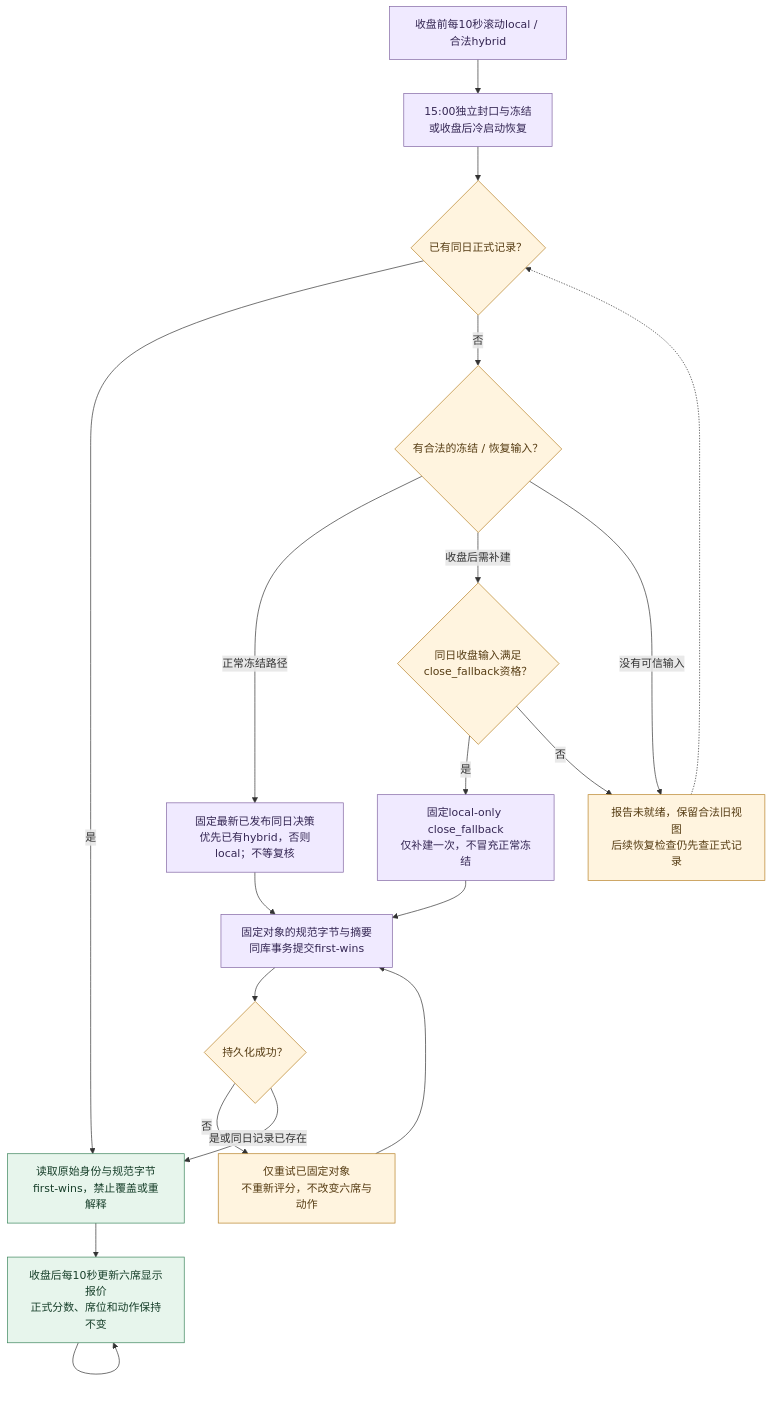
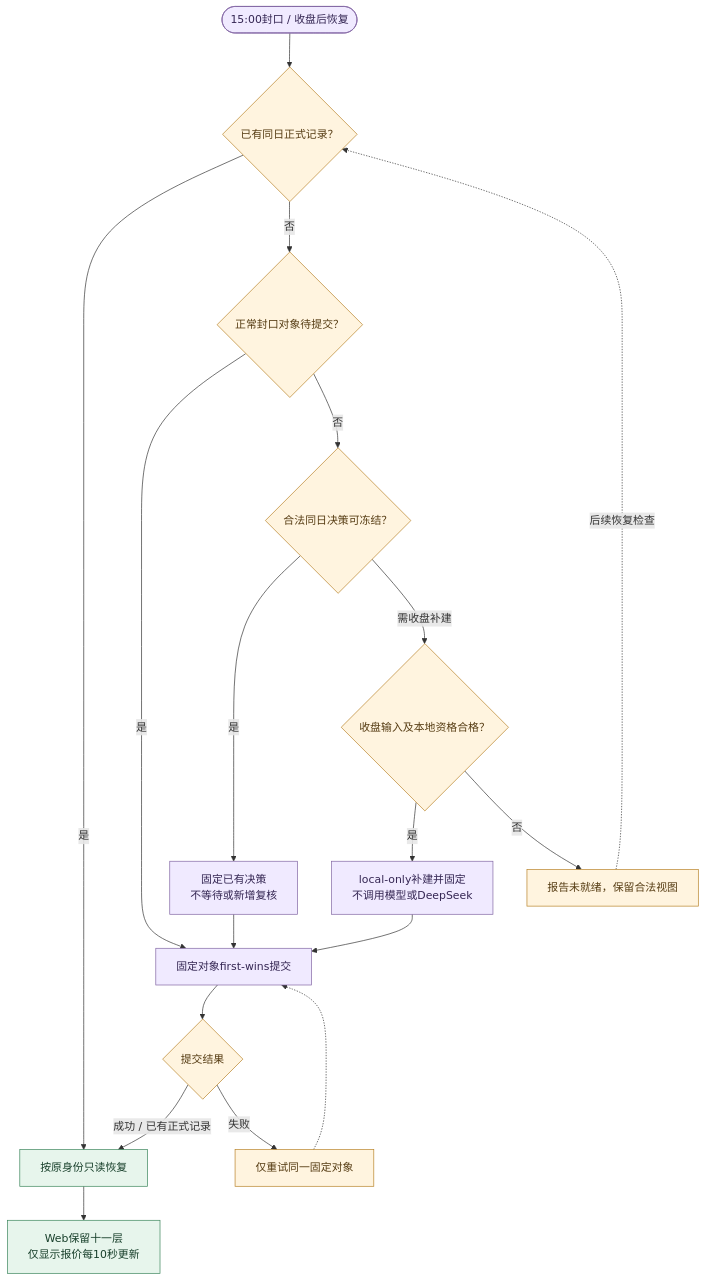
Before and after one commit to 373699756/trader: the fifth of 7 diagrams in docs/2_工程设计.md, drawn with Mermaid. The commit also changed other lines of this file and 7 other files, not shown here.

````diff
--- a/docs/2_工程设计.md
+++ b/docs/2_工程设计.md
@@ -428,27 +428,26 @@
 ```mermaid
 flowchart TD
-    Live["收盘前每10秒滚动local / 合法hybrid"] --> Close["15:00独立封口与冻结<br/>或收盘后冷启动恢复"]
-    Close --> Exists{"已有同日正式记录？"}
-    Exists -->|是| Read["读取原始身份与规范字节<br/>first-wins，禁止覆盖或重解释"]
-    Exists -->|否| Latest{"有合法的冻结 / 恢复输入？"}
-    Latest -->|正常冻结路径| Normal["固定最新已发布同日决策<br/>优先已有hybrid，否则local；不等复核"]
-    Latest -->|收盘后需补建| Legal{"同日收盘输入满足<br/>close_fallback资格？"}
-    Legal -->|是| Fallback["固定local-only close_fallback<br/>仅补建一次，不冒充正常冻结"]
-    Legal -->|否| Pending
-    Latest -->|没有可信输入| Pending["报告未就绪，保留合法旧视图<br/>后续恢复检查仍先查正式记录"]
-    Pending -.-> Exists
-    Normal --> Commit["固定对象的规范字节与摘要<br/>同库事务提交first-wins"]
+    Close(["15:00封口 / 收盘后恢复"]) --> Exists{"已有同日正式记录？"}
+    Exists -->|是| Read["按原身份只读恢复"]
+    Exists -->|否| Sealed{"正常封口对象待提交？"}
+    Sealed -->|是| Commit["固定对象first-wins提交"]
+    Sealed -->|否| Current{"合法同日决策可冻结？"}
+    Current -->|是| Fix["固定已有决策<br/>不等待或新增复核"]
+    Current -->|需收盘补建| Legal{"收盘输入及本地资格合格？"}
+    Legal -->|是| Fallback["local-only补建并固定<br/>不调用模型或DeepSeek"]
+    Legal -->|否| Pending["报告未就绪，保留合法视图"]
+    Fix --> Commit
     Fallback --> Commit
-    Commit --> Success{"持久化成功？"}
-    Success -->|否| Retry["仅重试已固定对象<br/>不重新评分，不改变六席与动作"]
-    Retry --> Commit
-    Success -->|是或同日记录已存在| Read
-    Read --> Overlay["收盘后每10秒更新六席显示报价<br/>正式分数、席位和动作保持不变"]
-    Overlay --> Overlay
+    Commit --> Result{"提交结果"}
+    Result -->|成功 / 已有正式记录| Read
+    Result -->|失败| Retry["仅重试同一固定对象"]
+    Retry -.-> Commit
+    Pending -.->|后续恢复检查| Exists
+    Read --> Overlay["Web保留十一层<br/>仅显示报价每10秒更新"]
     classDef work fill:#f0eaff,stroke:#8064a2,color:#342653;
     classDef result fill:#e7f5ec,stroke:#39845a,color:#173f2a;
     classDef gate fill:#fff4df,stroke:#b78126,color:#563c13;
-    class Live,Close,Normal,Fallback,Commit work;
+    class Close,Fix,Fallback,Commit work;
     class Read,Overlay result;
-    class Exists,Latest,Legal,Pending,Success,Retry gate;
+    class Exists,Sealed,Current,Legal,Pending,Result,Retry gate;
 ```
````
